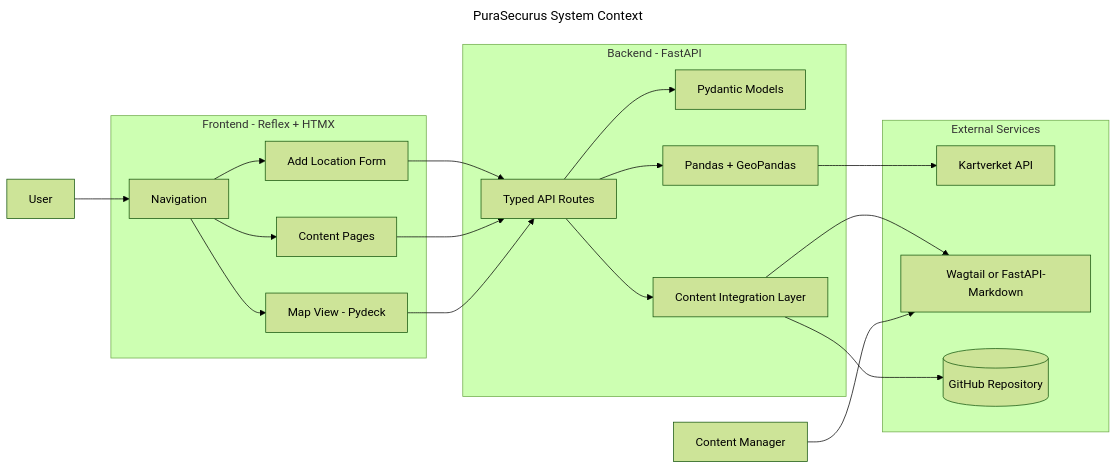
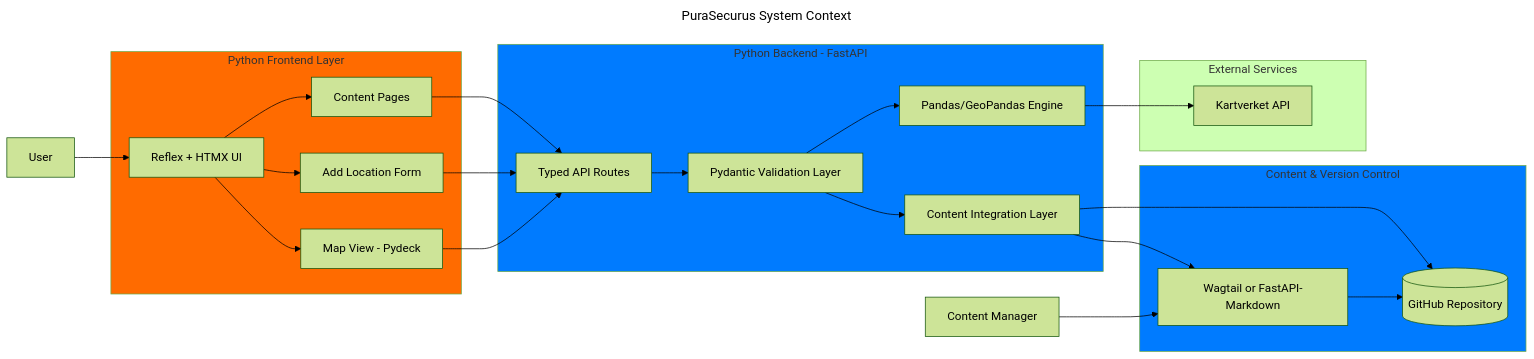
Before and after one commit to krigjo25/PuraSecurus: the diagram in docs/SystemContextDiagram.md, drawn with Mermaid (forest theme). The commit also changed 1 other file, not shown here.

Commit message:
docs(Document): 📝 Align SystemContextDiagram with README.md

````diff
--- a/docs/SystemContextDiagram.md
+++ b/docs/SystemContextDiagram.md
@@ -1,48 +1,57 @@
 ```mermaid
 ---
 title: "PuraSecurus System Context"
 ---
 graph LR
 
     User[User]
     Admin[Content Manager]
 
-    subgraph Frontend[Frontend - Reflex + HTMX]
-        Nav[Navigation]
+    subgraph PythonFrontend[Python Frontend Layer]
+        UI[Reflex + HTMX UI]
         Pages[Content Pages]
         Form[Add Location Form]
         MapView[Map View - Pydeck]
     end
 
-    subgraph Backend[Backend - FastAPI]
+    subgraph BackendCore[Python Backend - FastAPI]
         Routes[Typed API Routes]
-        Validation[Pydantic Models]
-        GeoEngine[Pandas + GeoPandas]
-        ContentAPI[Content Integration Layer]
+        Validation[Pydantic Validation Layer]
+        GeoEngine[Pandas/GeoPandas Engine]
+        ContentLayer[Content Integration Layer]
     end
 
-    subgraph DataSources[External Services]
-        Kart[Kartverket API]
+    subgraph ContentManagement[Content & Version Control]
         CMS[Wagtail or FastAPI-Markdown]
         GitHub[(GitHub Repository)]
     end
 
-    User --> Nav
-    Nav --> Pages
-    Nav --> Form
-    Nav --> MapView
+    subgraph ExternalServices[External Services]
+        Kart[Kartverket API]
+    end
 
+    User --> UI
+    UI --> Pages
+    UI --> Form
+    UI --> MapView
+
+    Pages --> Routes
     Form --> Routes
-    Pages --> Routes
     MapView --> Routes
 
     Routes --> Validation
-    Routes --> GeoEngine
+    Validation --> GeoEngine
+    Validation --> ContentLayer
+
     GeoEngine --> Kart
+    
+    ContentLayer --> CMS
+    ContentLayer --> GitHub
+    
+    Admin --> CMS
+    CMS --> GitHub
 
-    Routes --> ContentAPI
-    ContentAPI --> CMS
-    ContentAPI --> GitHub
-
-    Admin --> CMS
+    style PythonFrontend fill:#FF6B00
+    style BackendCore fill:#007BFF
+    style ContentManagement fill:#007BFF
 ```
````
